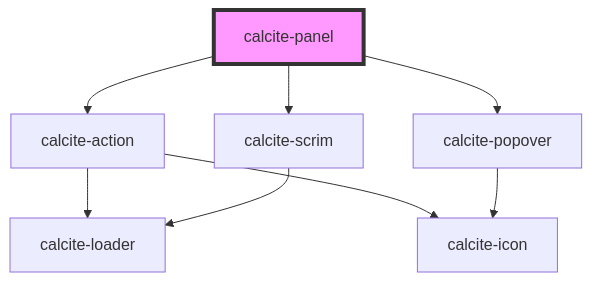
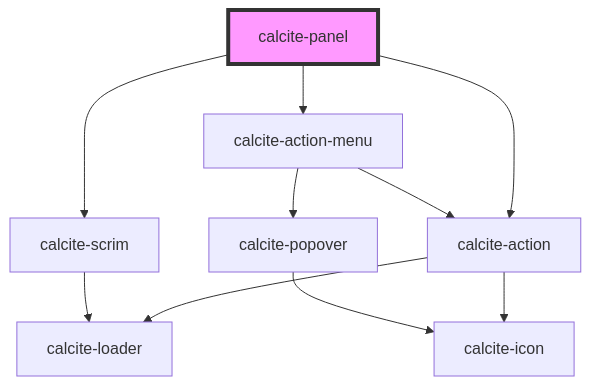
Before and after one commit to vikivakarvc/calcite-design-system: the diagram in src/components/calcite-panel/readme.md, drawn with Mermaid. The commit also changed other lines of this file and 60 other files, not shown here.

````diff
--- a/src/components/calcite-panel/readme.md
+++ b/src/components/calcite-panel/readme.md
@@ -126,11 +126,13 @@
 ```mermaid
 graph TD;
   calcite-panel --> calcite-action
-  calcite-panel --> calcite-popover
+  calcite-panel --> calcite-action-menu
   calcite-panel --> calcite-scrim
   calcite-action --> calcite-loader
   calcite-action --> calcite-icon
+  calcite-action-menu --> calcite-action
+  calcite-action-menu --> calcite-popover
   calcite-popover --> calcite-icon
   calcite-scrim --> calcite-loader
   style calcite-panel fill:#f9f,stroke:#333,stroke-width:4px
 ```
````
